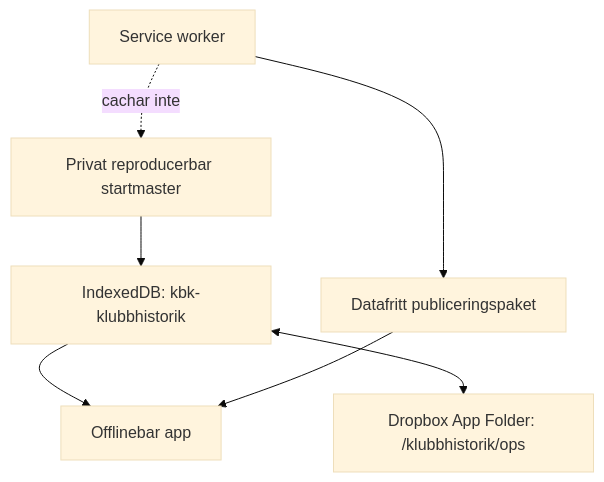
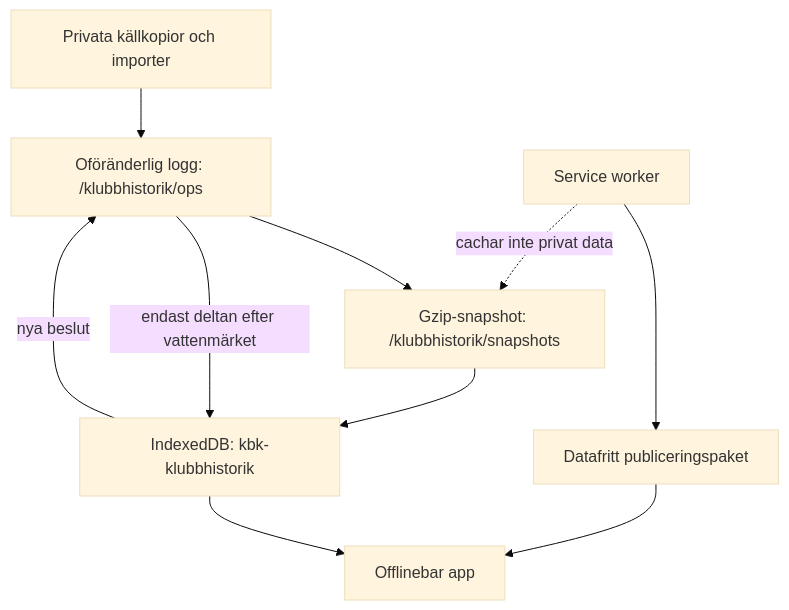
The sixth of 6 diagrams in apps/klubbhistorik/ARKITEKTUR.md (simonsvahn/korpholmen), drawn with Mermaid (base theme) before and after one commit. The commit also changed other lines of this file and 86 other files, not shown here.

````diff
--- a/apps/klubbhistorik/ARKITEKTUR.md
+++ b/apps/klubbhistorik/ARKITEKTUR.md
@@ -209,9 +209,12 @@
 ```mermaid
 flowchart TB
-    M["Privat reproducerbar startmaster"] --> I["IndexedDB: kbk-klubbhistorik"]
-    I <--> D["Dropbox App Folder: /klubbhistorik/ops"]
+    K["Privata källkopior och importer"] --> D["Oföränderlig logg: /klubbhistorik/ops"]
+    D --> M["Gzip-snapshot: /klubbhistorik/snapshots"]
+    M --> I["IndexedDB: kbk-klubbhistorik"]
+    D -->|"endast deltan efter vattenmärket"| I
+    I -->|"nya beslut"| D
     I --> UI["Offlinebar app"]
     S["Datafritt publiceringspaket"] --> UI
     W["Service worker"] --> S
-    W -. "cachar inte" .-> M
+    W -. "cachar inte privat data" .-> M
 ```
````
